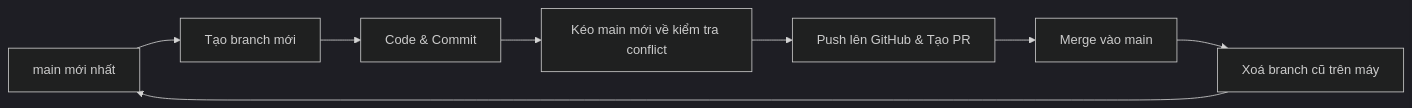
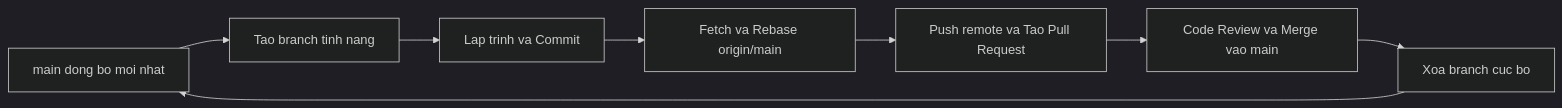
One commit to dkv12345/CineHub changed the diagram in docs/GIT_WORKFLOW.md. Above: the diagram before and after it, drawn with Mermaid (dark theme). The commit also changed other lines of this file and 2 other files, not shown here.

Commit message:
docs: standardize README and git workflow to enterprise specifications without icons

````diff
--- a/docs/GIT_WORKFLOW.md
+++ b/docs/GIT_WORKFLOW.md
@@ -18,10 +19,10 @@
 ```mermaid
 graph LR
-    A[main mới nhất] --> B[Tạo branch mới]
-    B --> C[Code & Commit]
-    C --> D[Kéo main mới về kiểm tra conflict]
-    D --> E[Push lên GitHub & Tạo PR]
-    E --> F[Merge vào main]
-    F --> G[Xoá branch cũ trên máy]
+    A[main dong bo moi nhat] --> B[Tao branch tinh nang]
+    B --> C[Lap trinh va Commit]
+    C --> D[Fetch va Rebase origin/main]
+    D --> E[Push remote va Tao Pull Request]
+    E --> F[Code Review va Merge vao main]
+    F --> G[Xoa branch cuc bo]
     G --> A
 ```
````
